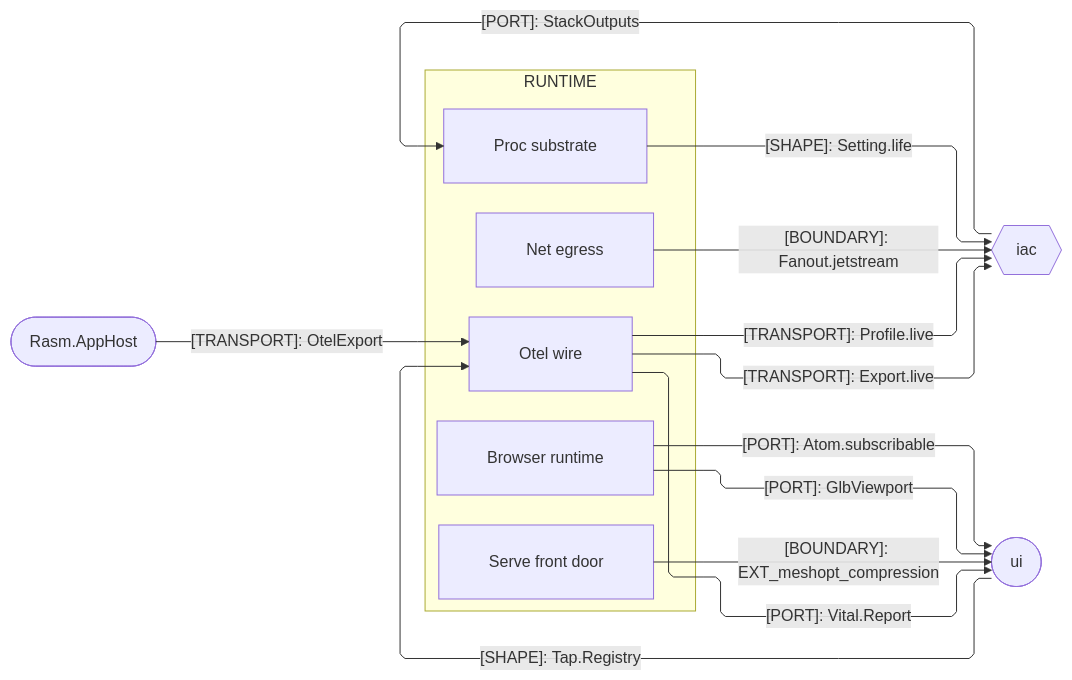
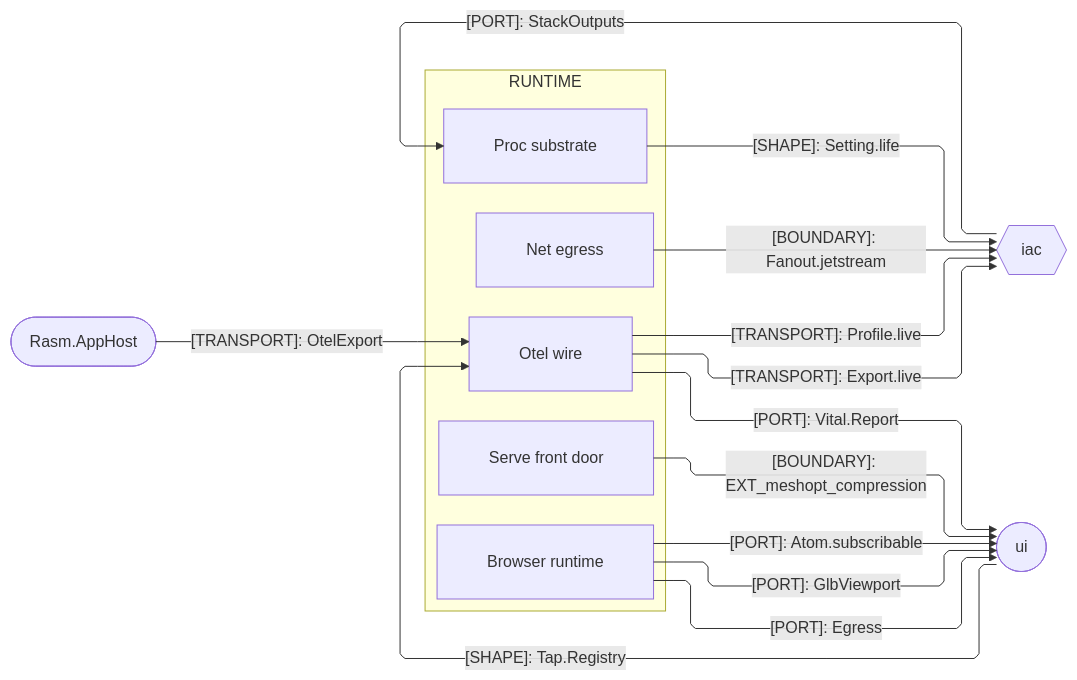
Before and after one commit to bsamiee/Rasm: the third of 3 diagrams in libs/typescript/runtime/ARCHITECTURE.md, drawn with Mermaid. The commit also changed other lines of this file and 108 other files, not shown here.

Commit message:
Land the coldpass doc-set deltas across README, ARCHITECTURE, RULINGS, IDEAS, and TASKLOG files

````diff
--- a/libs/typescript/runtime/ARCHITECTURE.md
+++ b/libs/typescript/runtime/ARCHITECTURE.md
@@ -161,33 +161,34 @@
 ```mermaid
 ---
 config:
   layout: elk
   flowchart:
     curve: linear
     padding: 25
 ---
 flowchart LR
     accTitle: Runtime platform and cross-runtime seam registry
     accDescr: Runtime owners exchanging settings, stack outputs, subscribable planes, and OTLP telemetry with iac, ui, and the Rasm.AppHost host.
     subgraph runtime[RUNTIME]
         Otel[Otel wire]
         Proc[Proc substrate]
         Net[Net egress]
         Serve[Serve front door]
         Browser[Browser runtime]
     end
     AppHost([Rasm.AppHost])
     Iac{{iac}}
     Ui([ui])
     AppHost e1@-->|"[TRANSPORT]: OtelExport"| Otel
     Proc e2@-->|"[SHAPE]: Setting.life"| Iac
     Net e3@-->|"[BOUNDARY]: Fanout.jetstream"| Iac
     Iac e4@-->|"[PORT]: StackOutputs"| Proc
     Serve e5@-->|"[BOUNDARY]: EXT_meshopt_compression"| Ui
     Browser e6@-->|"[PORT]: Atom.subscribable"| Ui
     Browser e7@-->|"[PORT]: GlbViewport"| Ui
+    Browser e12@-->|"[PORT]: Egress"| Ui
     Otel e8@-->|"[TRANSPORT]: Export.live"| Iac
     Ui e9@-->|"[SHAPE]: Tap.Registry"| Otel
     Otel e10@-->|"[TRANSPORT]: Profile.live"| Iac
     Otel e11@-->|"[PORT]: Vital.Report"| Ui
 ```
````
